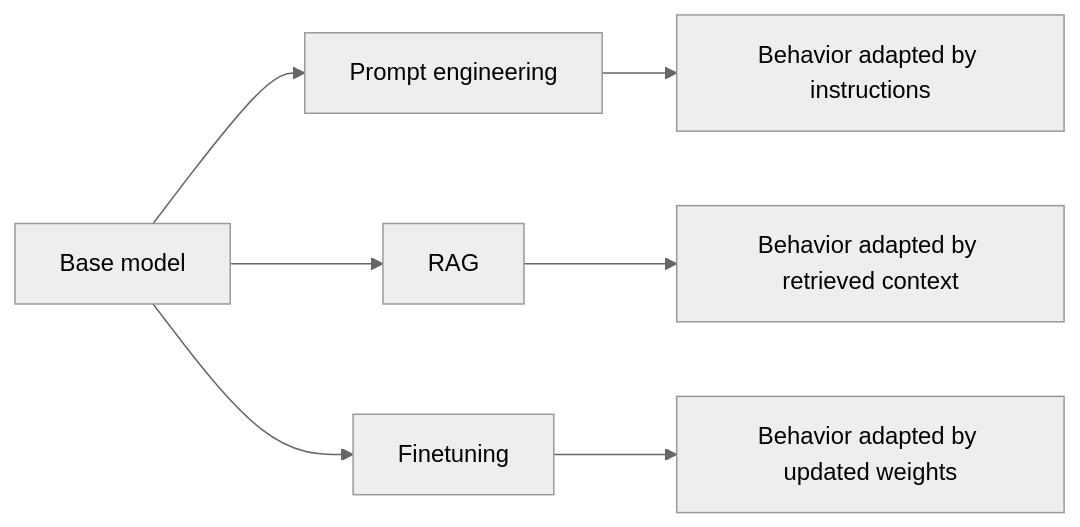
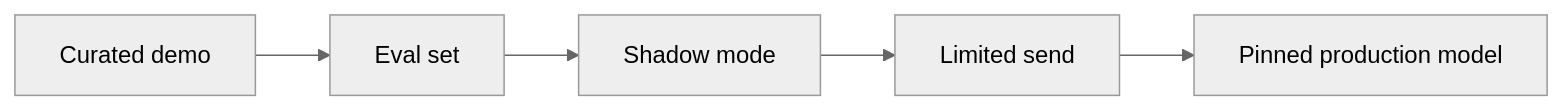
Before and after one commit to amendez13/swe-study-guide: the first of 2 diagrams in content/10_AI_Engineering/01_Introduction_to_Building_AI_Applications_with_Foundation_Models/concepts.md, drawn with Mermaid (neutral theme). The commit also changed other lines of this file and 2 other files, not shown here.

First line of the commit message:
docs: rewrite AI engineering chapter 1 study material

````diff
--- a/content/10_AI_Engineering/01_Introduction_to_Building_AI_Applications_with_Foundation_Models/concepts.md
+++ b/content/10_AI_Engineering/01_Introduction_to_Building_AI_Applications_with_Foundation_Models/concepts.md
@@ -95,9 +240,7 @@
 ```mermaid
 flowchart LR
-    A[Base model] --> B[Prompt engineering]
-    A --> C[RAG]
-    A --> D[Finetuning]
-    B --> E[Behavior adapted by instructions]
-    C --> F[Behavior adapted by retrieved context]
-    D --> G[Behavior adapted by updated weights]
+    A[Curated demo] --> B[Eval set]
+    B --> C[Shadow mode]
+    C --> D[Limited send]
+    D --> E[Pinned production model]
 ```
````
